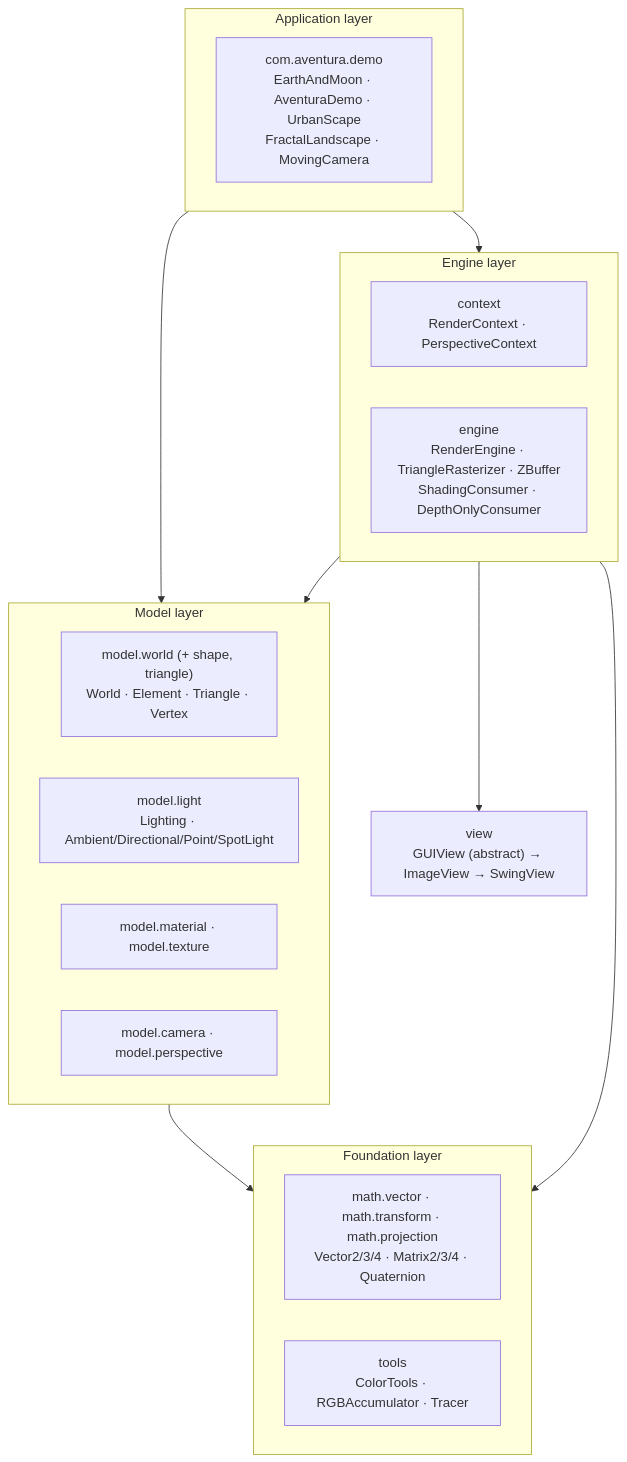
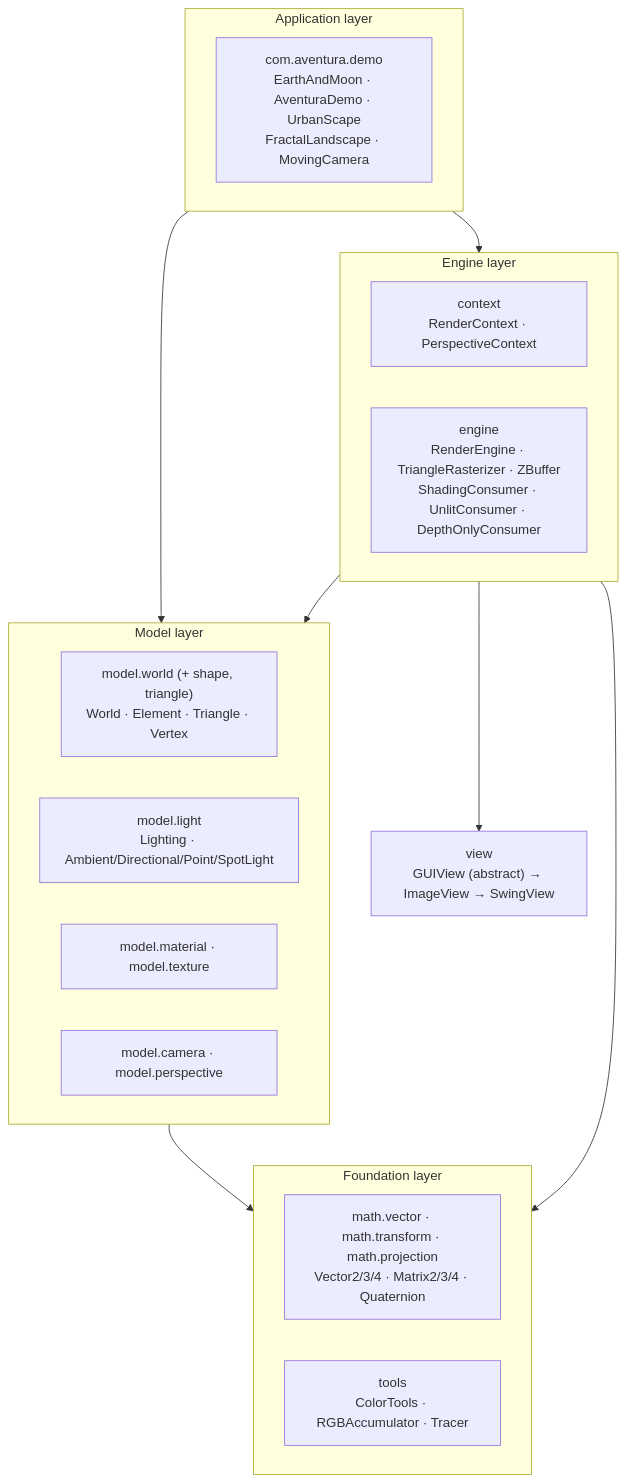
The second of 20 diagrams in docs/DESIGN.md (obarry/Aventura), drawn with Mermaid before and after one commit. The commit also changed other lines of this file and 22 other files, not shown here.

````diff
--- a/docs/DESIGN.md
+++ b/docs/DESIGN.md
@@ -65,28 +65,28 @@
 ```mermaid
 flowchart TB
     subgraph APP["Application layer"]
         DEMO["com.aventura.demo<br/>EarthAndMoon · AventuraDemo · UrbanScape<br/>FractalLandscape · MovingCamera"]
     end
     subgraph ENGINE["Engine layer"]
         CTX["context<br/>RenderContext · PerspectiveContext"]
-        ENG["engine<br/>RenderEngine · TriangleRasterizer · ZBuffer<br/>ShadingConsumer · DepthOnlyConsumer"]
+        ENG["engine<br/>RenderEngine · TriangleRasterizer · ZBuffer<br/>ShadingConsumer · UnlitConsumer · DepthOnlyConsumer"]
     end
     subgraph MODEL["Model layer"]
         WORLD["model.world (+ shape, triangle)<br/>World · Element · Triangle · Vertex"]
         LIGHT["model.light<br/>Lighting · Ambient/Directional/Point/SpotLight"]
         MAT["model.material · model.texture"]
         CAM["model.camera · model.perspective"]
     end
     subgraph FOUND["Foundation layer"]
         MATH["math.vector · math.transform · math.projection<br/>Vector2/3/4 · Matrix2/3/4 · Quaternion"]
         TOOLS["tools<br/>ColorTools · RGBAccumulator · Tracer"]
     end
     VIEW["view<br/>GUIView (abstract) → ImageView → SwingView"]
 
     APP --> ENGINE
     APP --> MODEL
     ENGINE --> MODEL
     ENGINE --> VIEW
     MODEL --> FOUND
     ENGINE --> FOUND
 ```
````
